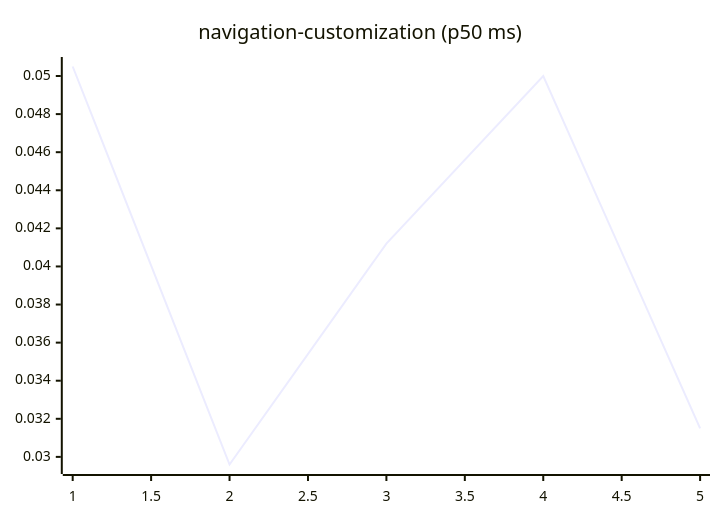
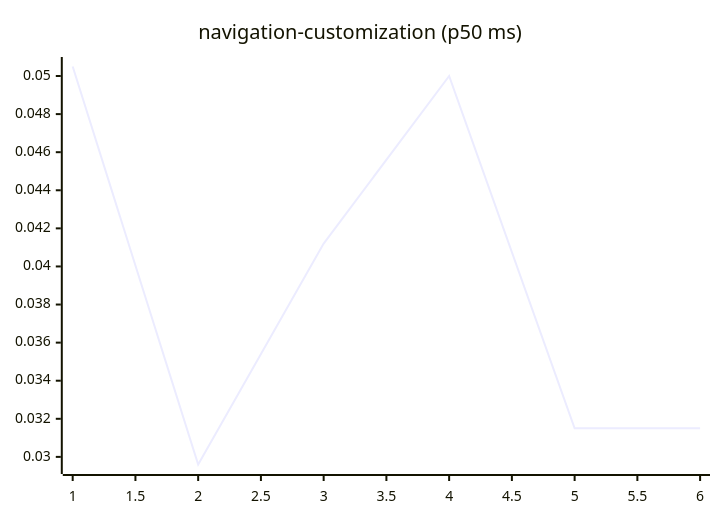
Diagram 15 of 27 in README.md (josha/Facet), drawn with Mermaid before and after one commit. The commit also changed other lines of this file and 2 other files, not shown here.

````diff
--- a/README.md
+++ b/README.md
@@ -161,6 +161,6 @@
 ```mermaid
 xychart-beta
     title "navigation-customization (p50 ms)"
-    x-axis 1 --> 5
-    line [0.0505, 0.0296, 0.0412, 0.0500, 0.0315]
+    x-axis 1 --> 6
+    line [0.0505, 0.0296, 0.0412, 0.0500, 0.0315, 0.0315]
 ```
````
